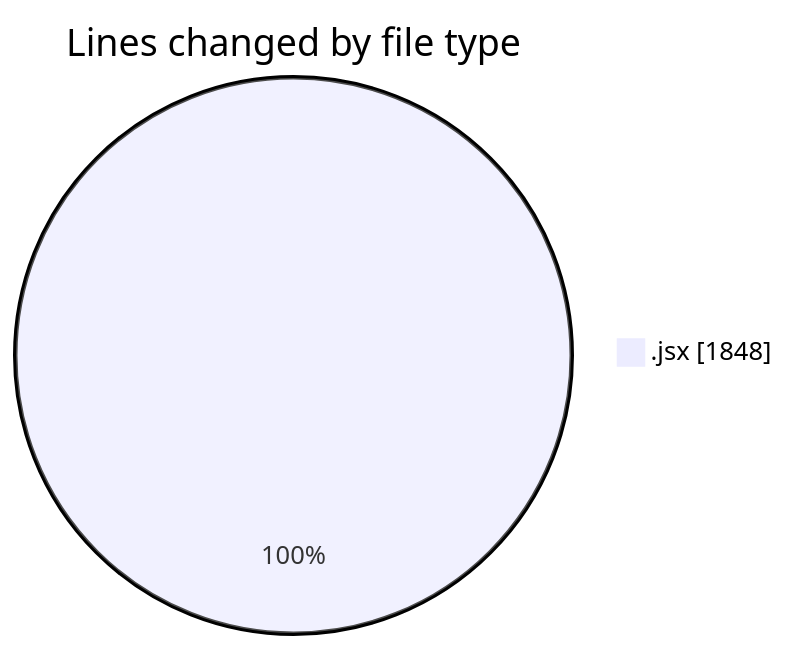
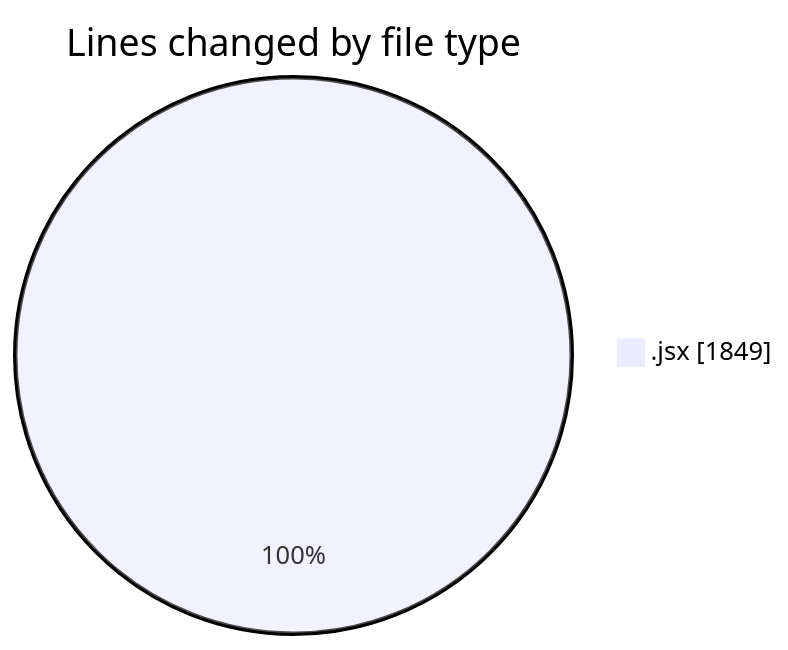
The first of 2 diagrams in 2025-05-07/nxtqube_webapp/README.md (nxtqubesakshisongat/code-tracking), drawn with Mermaid before and after one commit. The commit also changed other lines of this file and 1 other file, not shown here.

````diff
--- a/2025-05-07/nxtqube_webapp/README.md
+++ b/2025-05-07/nxtqube_webapp/README.md
@@ -20,5 +20,5 @@
 ```mermaid
 pie showData
 title Lines changed by file type
-".jsx" : 1848
+".jsx" : 1849
 ```
````
